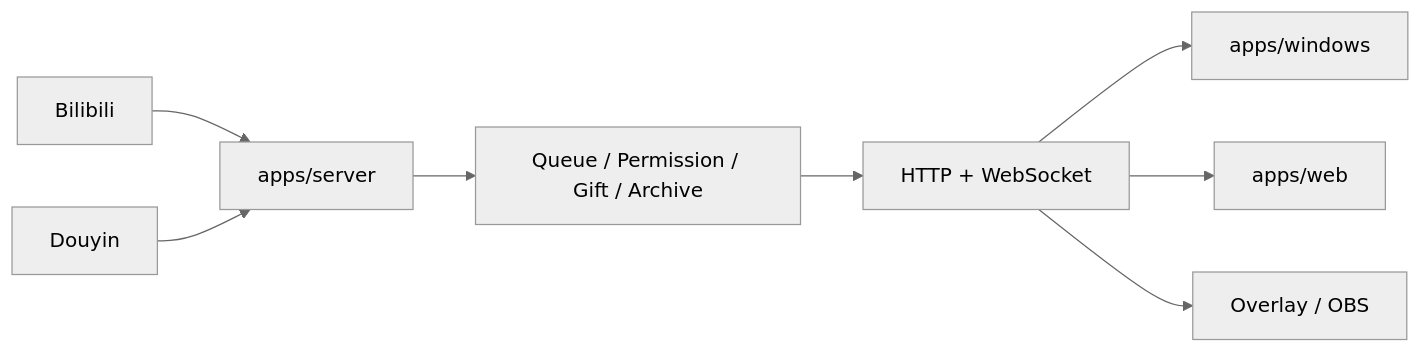
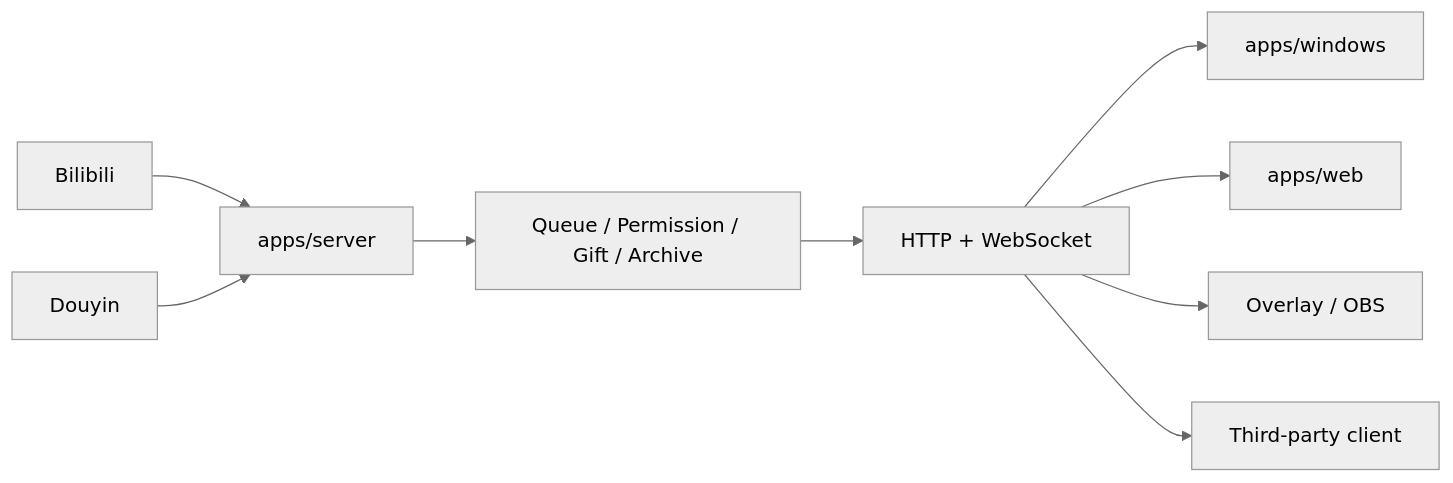
The diagram in README.md (ZzzHe2333/bilipdj), drawn with Mermaid (neutral theme) before and after one commit. The commit also changed other lines of this file, not shown here.

Commit message:
docs: align README with v2.0.4 architecture and remote test cleanup

````diff
--- a/README.md
+++ b/README.md
@@ -154,10 +149,11 @@
 ```mermaid
 flowchart LR
     B[Bilibili] --> S[apps/server]
     D[Douyin] --> S
     S --> Q[Queue / Permission / Gift / Archive]
     Q --> API[HTTP + WebSocket]
     API --> W[apps/windows]
     API --> WEB[apps/web]
     API --> OBS[Overlay / OBS]
+    API --> C[Third-party client]
 ```
````
